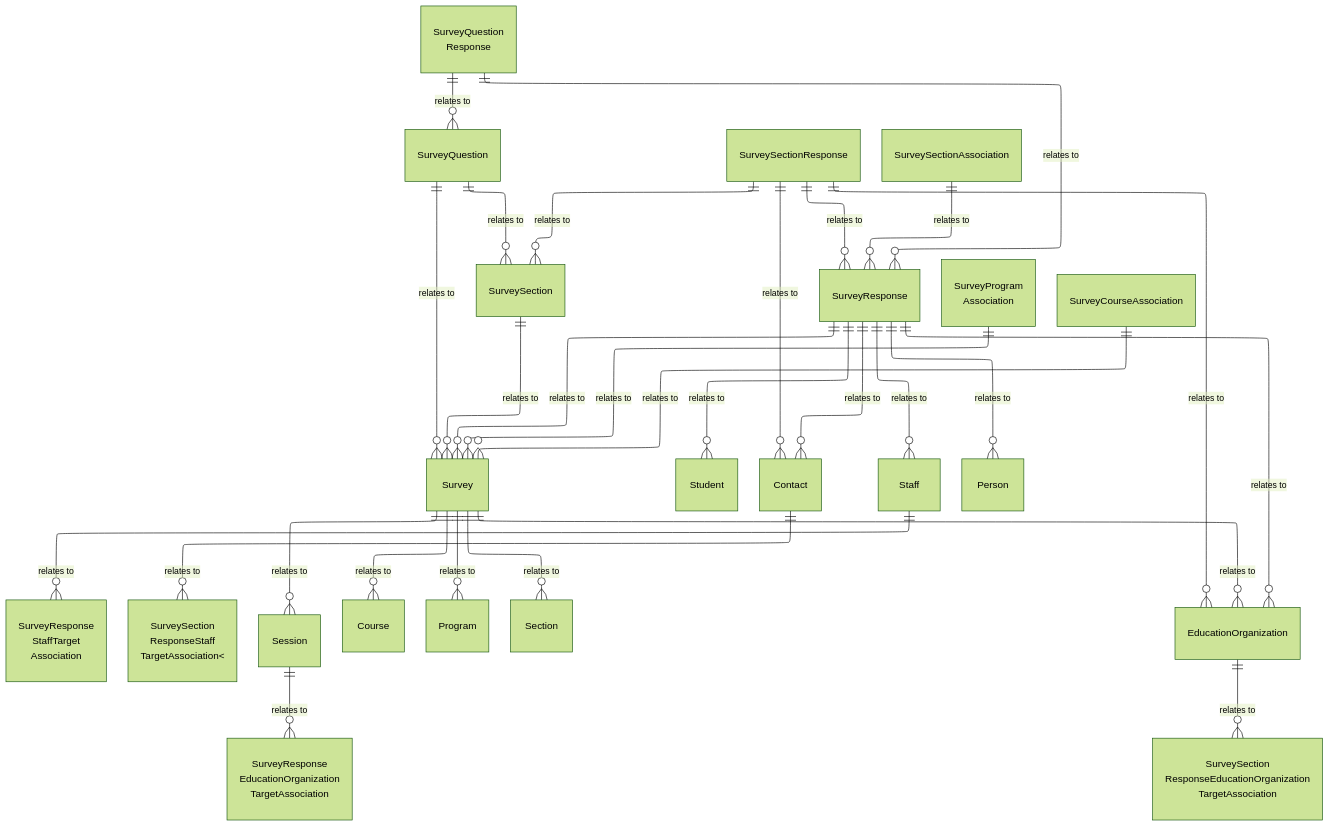
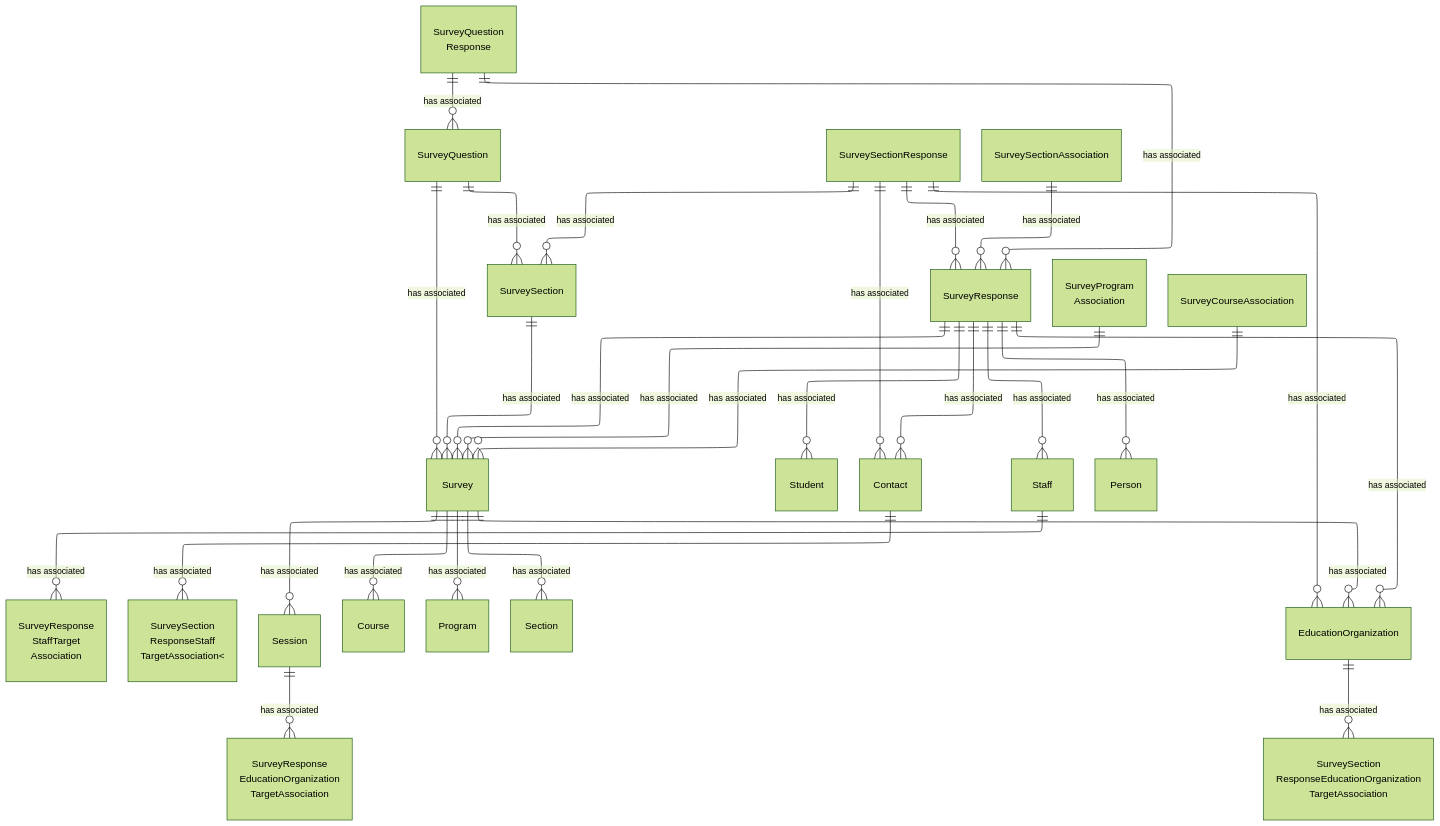
The diagram in dataStandard_versioned_docs/version-6/model-reference/survey-domain/model-diagrams.md (Ed-Fi-Alliance-OSS/ed-fi-alliance-oss.github.io), drawn with Mermaid (forest theme) before and after one commit. The commit also changed 24 other files, not shown here.

````diff
--- a/dataStandard_versioned_docs/version-6/model-reference/survey-domain/model-diagrams.md
+++ b/dataStandard_versioned_docs/version-6/model-reference/survey-domain/model-diagrams.md
@@ -14,78 +14,78 @@
 ```mermaid
 ---
 config:
   layout: elk
 ---
 erDiagram
     Survey {
     }
     SurveySection {
     }
     SurveyQuestion {
     }
     SurveyResponse {
     }
     SurveySectionResponse {
     }
     SurveyQuestionResponse["SurveyQuestion<br/>Response"] {
     }
     SurveyProgramAssociation["SurveyProgram<br/>Association"] {
     }
     SurveyCourseAssociation {
     }
     SurveySectionAssociation {
     }
     SurveyResponseEducationOrganizationTargetAssociation["SurveyResponse<br/>EducationOrganization<br/>TargetAssociation"] {
     }
     SurveyResponseStaffTargetAssociation["SurveyResponse<br/>StaffTarget<br/>Association"] {
     }
     SurveySectionResponseEducationOrganizationTargetAssociation["SurveySection<br/>ResponseEducationOrganization<br/>TargetAssociation"] {
     }
     SurveySectionResponseStaffTargetAssociation["SurveySection<br/>ResponseStaff<br/>TargetAssociation<"] {
     }
     Session {
     }
     Course {
     }
     Program {
     }
     Section {
     }
     Student {
     }
     Contact {
     }
     Staff {
     }
     Person {
     }
     EducationOrganization {
     }
-    Survey ||--o{ EducationOrganization : "relates to"
-    Survey ||--o{ Session : "relates to"
-    Survey ||--o{ Program : "relates to"
-    Survey ||--o{ Course : "relates to"
-    Survey ||--o{ Section : "relates to"
-    SurveySection ||--o{ Survey : "relates to"
-    SurveyQuestion ||--o{ Survey : "relates to"
-    SurveyQuestion ||--o{ SurveySection : "relates to"
-    SurveyResponse ||--o{ Survey : "relates to"
-    SurveyResponse ||--o{ Student : "relates to"
-    SurveyResponse ||--o{ Staff : "relates to"
-    SurveyResponse ||--o{ Contact : "relates to"
-    SurveyResponse ||--o{ EducationOrganization : "relates to"
-    SurveyResponse ||--o{ Person : "relates to"
-    SurveySectionResponse ||--o{ SurveyResponse : "relates to"
-    SurveySectionResponse ||--o{ SurveySection : "relates to"
-    SurveySectionResponse ||--o{ EducationOrganization : "relates to"
-    SurveySectionResponse ||--o{ Contact : "relates to"
-    SurveyQuestionResponse ||--o{ SurveyQuestion : "relates to"
-    SurveyQuestionResponse ||--o{ SurveyResponse : "relates to"
-    SurveyProgramAssociation ||--o{ Survey : "relates to"
-    SurveyCourseAssociation ||--o{ Survey : "relates to"
-    SurveySectionAssociation ||--o{ SurveyResponse : "relates to"
-    Session ||--o{ SurveyResponseEducationOrganizationTargetAssociation : "relates to"
-    Staff ||--o{ SurveyResponseStaffTargetAssociation : "relates to"
-    EducationOrganization ||--o{ SurveySectionResponseEducationOrganizationTargetAssociation : "relates to"
-    Contact ||--o{ SurveySectionResponseStaffTargetAssociation : "relates to"
+    Survey ||--o{ EducationOrganization : "has associated"
+    Survey ||--o{ Session : "has associated"
+    Survey ||--o{ Program : "has associated"
+    Survey ||--o{ Course : "has associated"
+    Survey ||--o{ Section : "has associated"
+    SurveySection ||--o{ Survey : "has associated"
+    SurveyQuestion ||--o{ Survey : "has associated"
+    SurveyQuestion ||--o{ SurveySection : "has associated"
+    SurveyResponse ||--o{ Survey : "has associated"
+    SurveyResponse ||--o{ Student : "has associated"
+    SurveyResponse ||--o{ Staff : "has associated"
+    SurveyResponse ||--o{ Contact : "has associated"
+    SurveyResponse ||--o{ EducationOrganization : "has associated"
+    SurveyResponse ||--o{ Person : "has associated"
+    SurveySectionResponse ||--o{ SurveyResponse : "has associated"
+    SurveySectionResponse ||--o{ SurveySection : "has associated"
+    SurveySectionResponse ||--o{ EducationOrganization : "has associated"
+    SurveySectionResponse ||--o{ Contact : "has associated"
+    SurveyQuestionResponse ||--o{ SurveyQuestion : "has associated"
+    SurveyQuestionResponse ||--o{ SurveyResponse : "has associated"
+    SurveyProgramAssociation ||--o{ Survey : "has associated"
+    SurveyCourseAssociation ||--o{ Survey : "has associated"
+    SurveySectionAssociation ||--o{ SurveyResponse : "has associated"
+    Session ||--o{ SurveyResponseEducationOrganizationTargetAssociation : "has associated"
+    Staff ||--o{ SurveyResponseStaffTargetAssociation : "has associated"
+    EducationOrganization ||--o{ SurveySectionResponseEducationOrganizationTargetAssociation : "has associated"
+    Contact ||--o{ SurveySectionResponseStaffTargetAssociation : "has associated"
 ```
````
